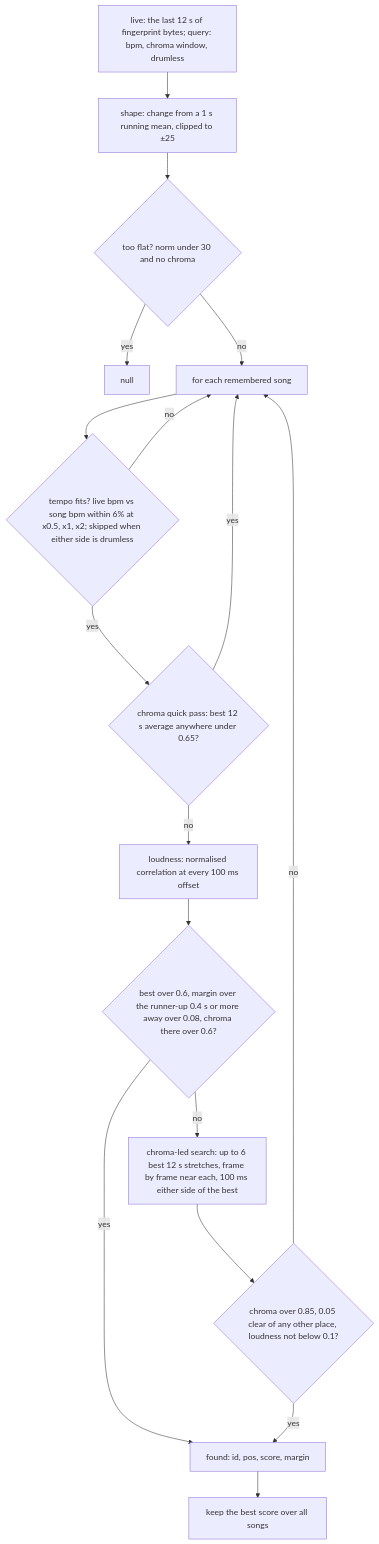
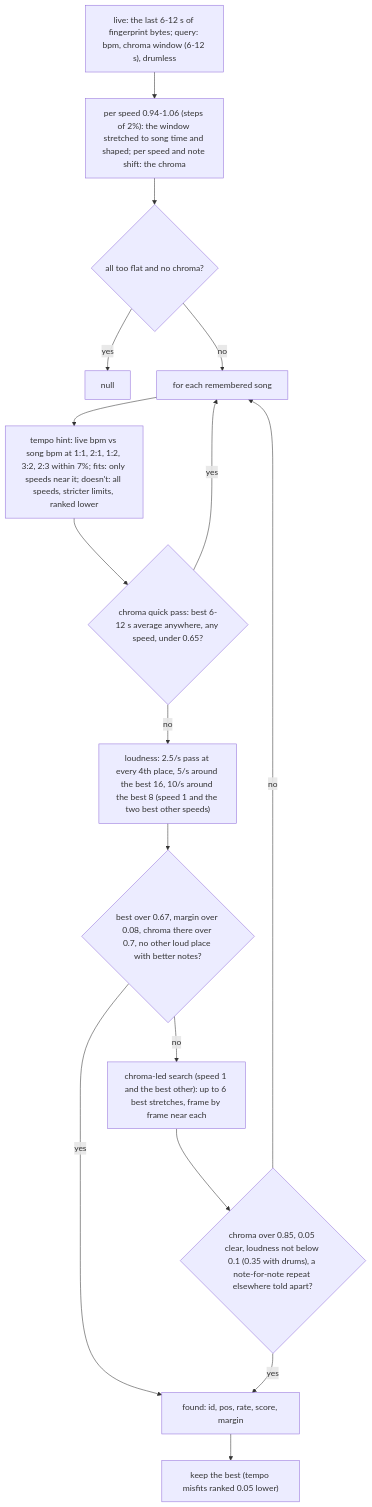
Before and after one commit to D4RKGEEK/tempolight: the first of 2 diagrams in docs/internals/song-memory.md, drawn with Mermaid. The commit also changed other lines of this file and 12 other files, not shown here.

````diff
--- a/docs/internals/song-memory.md
+++ b/docs/internals/song-memory.md
@@ -40,19 +47,18 @@
 ```mermaid
 flowchart TD
-  Q["live: the last 12 s of fingerprint bytes; query: bpm, chroma window, drumless"] --> SH["shape: change from a 1 s running mean, clipped to ±25"]
-  SH --> FLAT{"too flat? norm under 30 and no chroma"}
+  Q["live: the last 6-12 s of fingerprint bytes; query: bpm, chroma window (6-12 s), drumless"] --> V["per speed 0.94-1.06 (steps of 2%): the window stretched to song time and shaped; per speed and note shift: the chroma"]
+  V --> FLAT{"all too flat and no chroma?"}
   FLAT -- yes --> NONE["null"]
   FLAT -- no --> E["for each remembered song"]
-  E --> T{"tempo fits? live bpm vs song bpm within 6% at x0.5, x1, x2; skipped when either side is drumless"}
-  T -- no --> E
-  T -- yes --> C1{"chroma quick pass: best 12 s average anywhere under 0.65?"}
+  E --> T["tempo hint: live bpm vs song bpm at 1:1, 2:1, 1:2, 3:2, 2:3 within 7%; fits: only speeds near it; doesn't: all speeds, stricter limits, ranked lower"]
+  T --> C1{"chroma quick pass: best 6-12 s average anywhere, any speed, under 0.65?"}
   C1 -- yes --> E
-  C1 -- no --> LD["loudness: normalised correlation at every 100 ms offset"]
-  LD --> OK{"best over 0.6, margin over the runner-up 0.4 s or more away over 0.08, chroma there over 0.6?"}
-  OK -- yes --> F["found: id, pos, score, margin"]
-  OK -- no --> CS["chroma-led search: up to 6 best 12 s stretches, frame by frame near each, 100 ms either side of the best"]
-  CS --> OK2{"chroma over 0.85, 0.05 clear of any other place, loudness not below 0.1?"}
+  C1 -- no --> LD["loudness: 2.5/s pass at every 4th place, 5/s around the best 16, 10/s around the best 8 (speed 1 and the two best other speeds)"]
+  LD --> OK{"best over 0.67, margin over 0.08, chroma there over 0.7, no other loud place with better notes?"}
+  OK -- yes --> F["found: id, pos, rate, score, margin"]
+  OK -- no --> CS["chroma-led search (speed 1 and the best other): up to 6 best stretches, frame by frame near each"]
+  CS --> OK2{"chroma over 0.85, 0.05 clear, loudness not below 0.1 (0.35 with drums), a note-for-note repeat elsewhere told apart?"}
   OK2 -- yes --> F
   OK2 -- no --> E
-  F --> BEST["keep the best score over all songs"]
+  F --> BEST["keep the best (tempo misfits ranked 0.05 lower)"]
 ```
````
